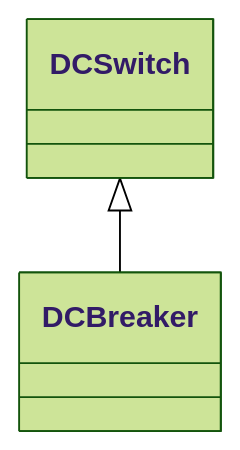
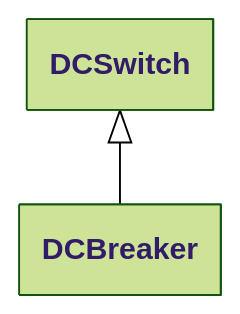
Before and after one commit to cim-cgmes/cim-cgmes.github.io: the diagram in pages/docs/Classes/DCBreaker.md, drawn with Mermaid (forest theme). The commit also changed 561 other files, not shown here.

````diff
--- a/pages/docs/Classes/DCBreaker.md
+++ b/pages/docs/Classes/DCBreaker.md
@@ -7,4 +7,10 @@
 ```mermaid
+---
+  config:
+    class:
+      hideEmptyMembersBox: true
+---
 classDiagram
     DCSwitch <|-- DCBreaker
+    click DCSwitch href "DCSwitch"
 ```
````
